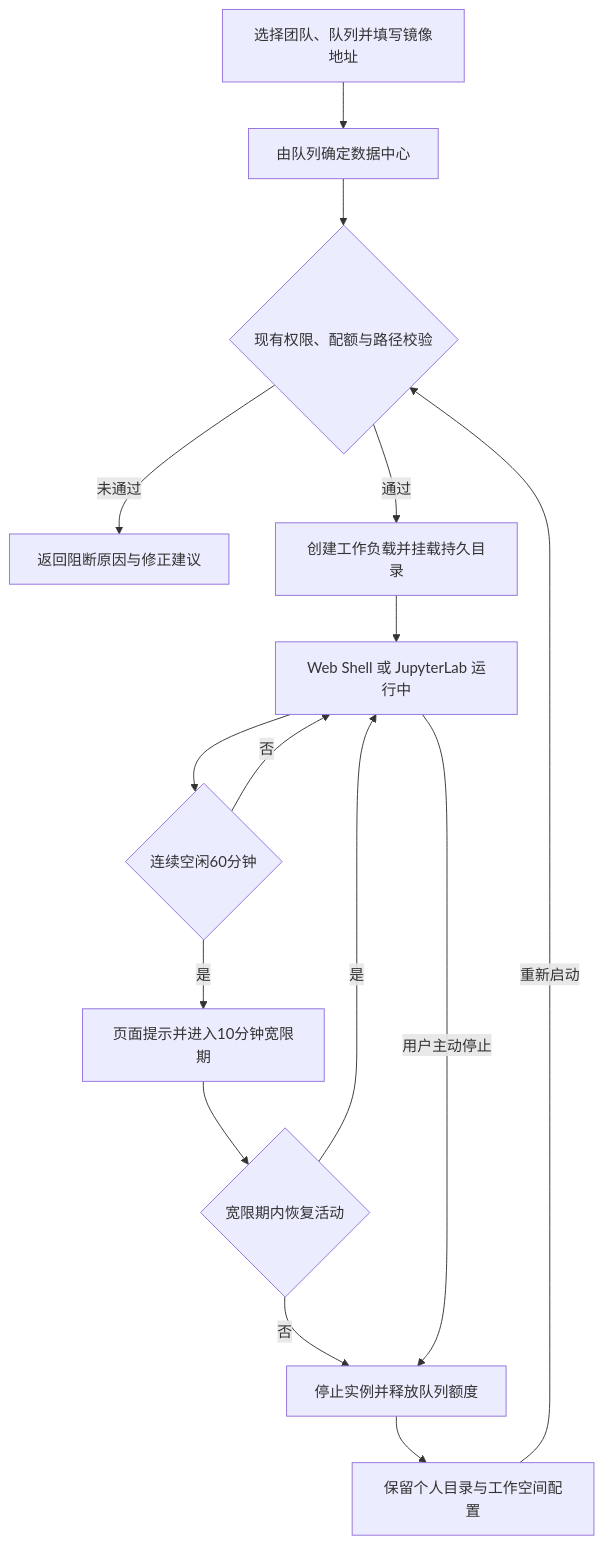
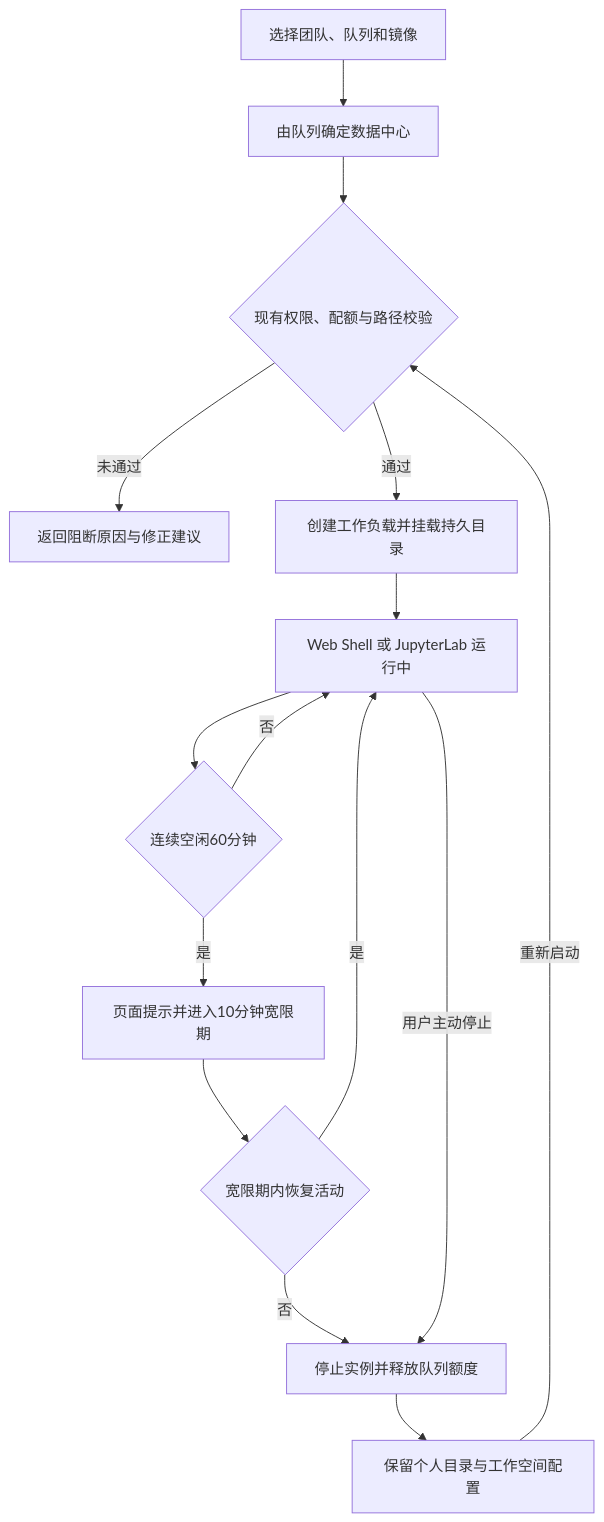
The first of 2 diagrams in docs/大模型训练平台规划/3.1-开发环境与配置.md (gqcn/ltp), drawn with Mermaid before and after one commit. The commit also changed other lines of this file and 11 other files, not shown here.

````diff
--- a/docs/大模型训练平台规划/3.1-开发环境与配置.md
+++ b/docs/大模型训练平台规划/3.1-开发环境与配置.md
@@ -27,17 +27,17 @@
 ```mermaid
 flowchart TB
-    create["选择团队、队列并填写镜像地址"] --> placement["由队列确定数据中心"]
+    create["选择团队、队列和镜像"] --> placement["由队列确定数据中心"]
     placement --> admission{"现有权限、配额与路径校验"}
     admission -->|"未通过"| reject["返回阻断原因与修正建议"]
     admission -->|"通过"| start["创建工作负载并挂载持久目录"]
     start --> running["Web Shell 或 JupyterLab 运行中"]
     running --> idle{"连续空闲60分钟"}
     idle -->|"否"| running
     idle -->|"是"| notify["页面提示并进入10分钟宽限期"]
     notify --> active{"宽限期内恢复活动"}
     active -->|"是"| running
     active -->|"否"| stop["停止实例并释放队列额度"]
     running -->|"用户主动停止"| stop
     stop --> preserve["保留个人目录与工作空间配置"]
     preserve -->|"重新启动"| admission
 ```
````
